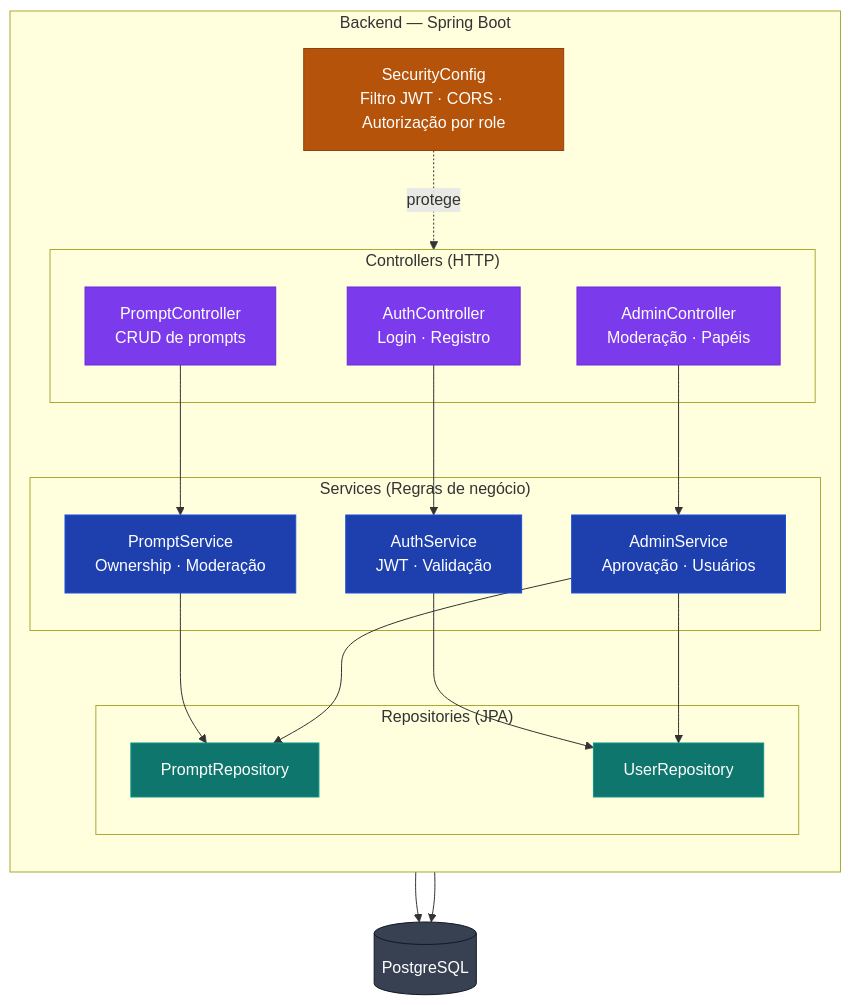
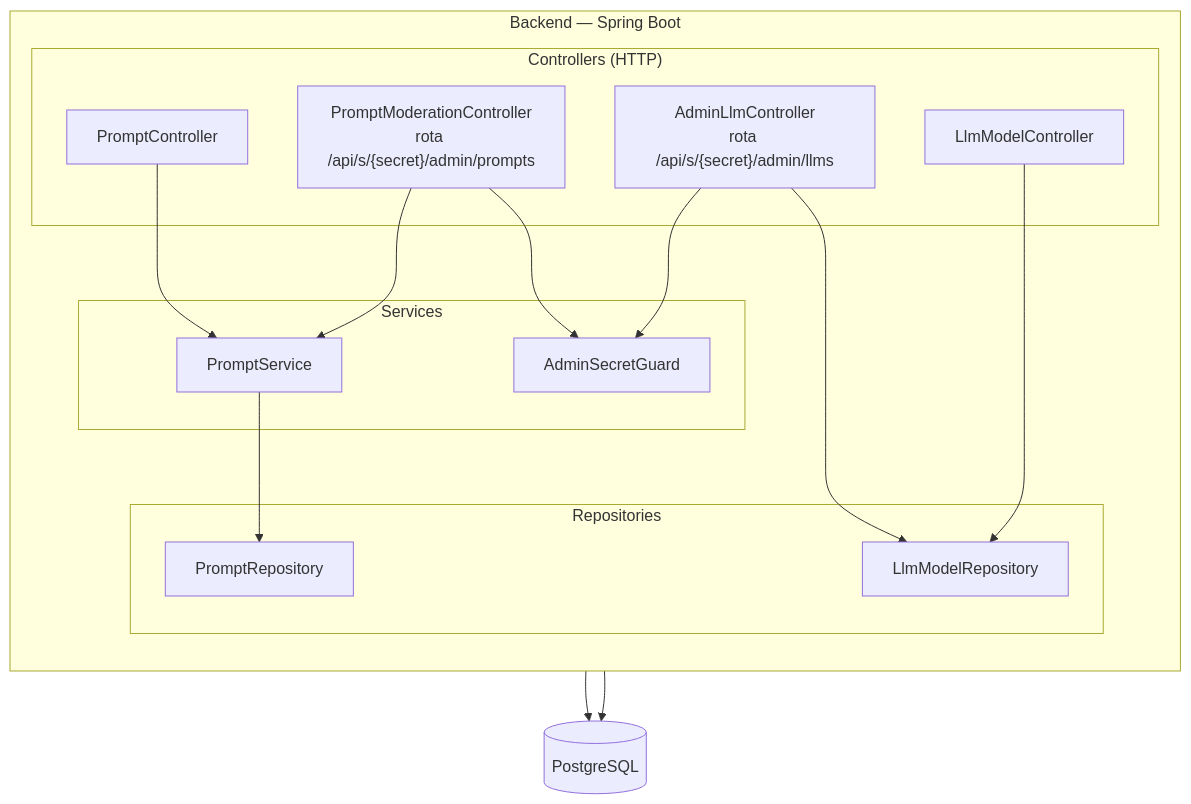
Before and after one commit to nataliarosa88/marketplace-de-prompts: the third of 10 diagrams in README.md, drawn with Mermaid. The commit also changed other lines of this file and 31 other files, not shown here.

First line of the commit message:
Remove auth flow and switch admin to secret URL.

````diff
--- a/README.md
+++ b/README.md
@@ -117,49 +115,35 @@
 ```mermaid
 graph TB
     subgraph Backend["Backend — Spring Boot"]
         direction TB
 
         subgraph Controllers["Controllers (HTTP)"]
-            AC["AuthController\nLogin · Registro"]
-            PC["PromptController\nCRUD de prompts"]
-            ADC["AdminController\nModeração · Papéis"]
+            PC["PromptController"]
+            PMC["PromptModerationController\nrota /api/s/{secret}/admin/prompts"]
+            LMC["LlmModelController"]
+            ALMC["AdminLlmController\nrota /api/s/{secret}/admin/llms"]
         end
 
-        subgraph Services["Services (Regras de negócio)"]
-            AS["AuthService\nJWT · Validação"]
-            PS["PromptService\nOwnership · Moderação"]
-            ADS["AdminService\nAprovação · Usuários"]
+        subgraph Services["Services"]
+            PS["PromptService"]
+            ASG["AdminSecretGuard"]
         end
 
-        subgraph Repositories["Repositories (JPA)"]
+        subgraph Repositories["Repositories"]
             PR["PromptRepository"]
-            UR["UserRepository"]
+            LR["LlmModelRepository"]
         end
-
-        SEC["SecurityConfig\nFiltro JWT · CORS · Autorização por role"]
     end
 
     DB[("PostgreSQL")]
 
-    AC --> AS
     PC --> PS
-    ADC --> ADS
-    AS --> UR
+    PMC --> PS
+    PMC --> ASG
+    ALMC --> ASG
     PS --> PR
-    ADS --> PR
-    ADS --> UR
+    LMC --> LR
+    ALMC --> LR
     PR --> DB
-    UR --> DB
-    SEC -.->|protege| Controllers
-
-    style AC fill:#7c3aed,color:#fff,stroke:#6d28d9
-    style PC fill:#7c3aed,color:#fff,stroke:#6d28d9
-    style ADC fill:#7c3aed,color:#fff,stroke:#6d28d9
-    style AS fill:#1e40af,color:#fff,stroke:#1d4ed8
-    style PS fill:#1e40af,color:#fff,stroke:#1d4ed8
-    style ADS fill:#1e40af,color:#fff,stroke:#1d4ed8
-    style PR fill:#0f766e,color:#fff,stroke:#0d9488
-    style UR fill:#0f766e,color:#fff,stroke:#0d9488
-    style SEC fill:#b45309,color:#fff,stroke:#92400e
-    style DB fill:#374151,color:#fff,stroke:#111827
+    LR --> DB
 ```
````
